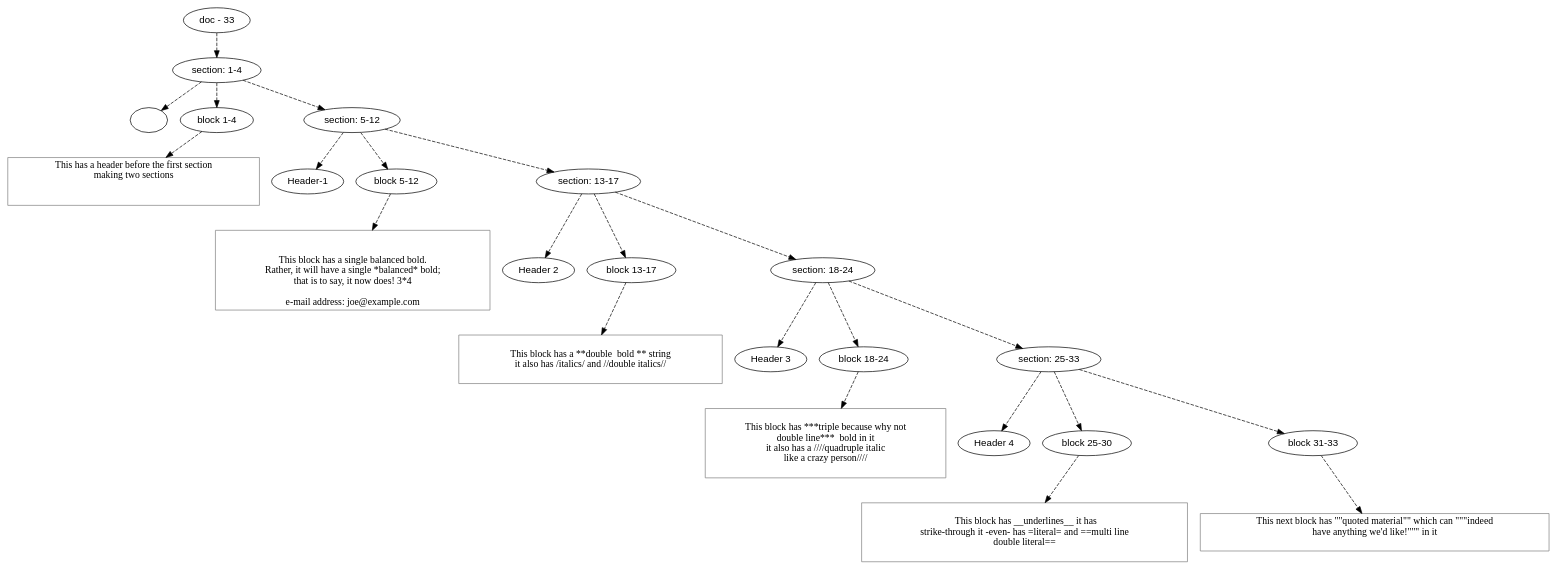
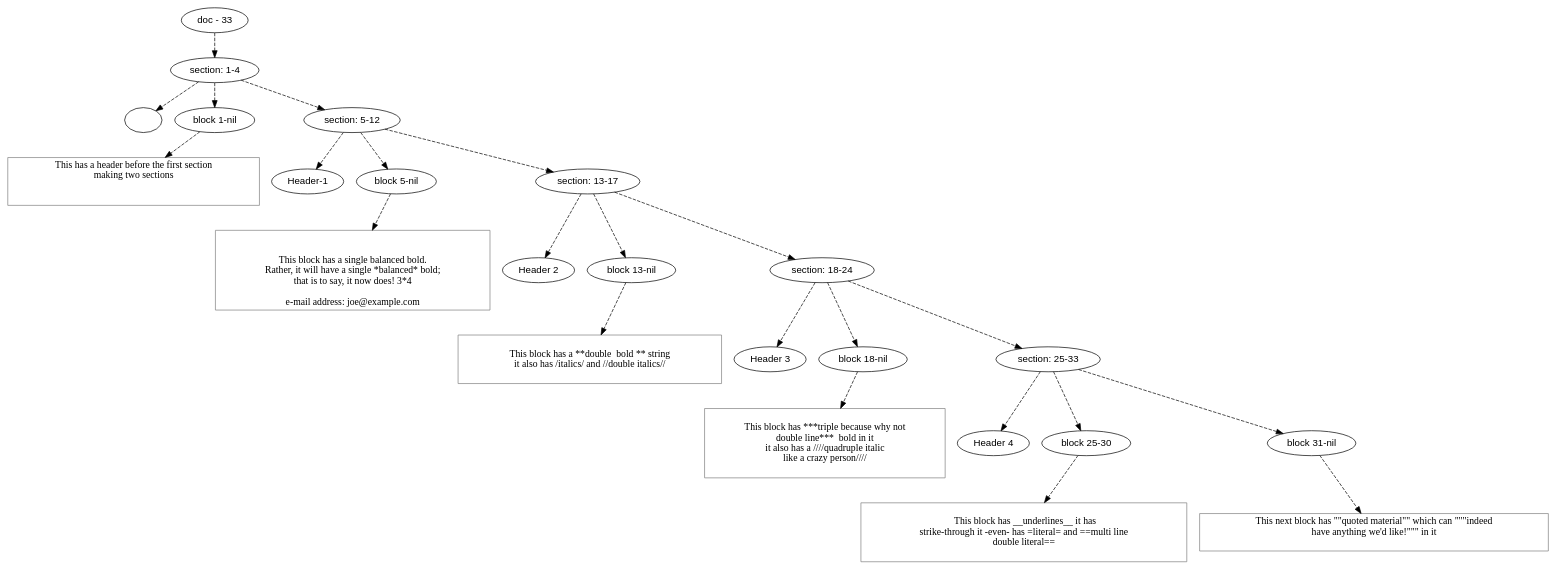
One commit to mnemnion/orb changed the diagram in orb/dot/samples/header-with-basic-block.gm.dot. Above: the diagram before and after it, drawn with Graphviz. The commit also changed 40 other files, not shown here.

```diff
--- a/orb/dot/samples/header-with-basic-block.gm.dot
+++ b/orb/dot/samples/header-with-basic-block.gm.dot
@@ -1,90 +1,90 @@
 digraph hierarchy {
 
 node [fontname=Helvetica]
 edge [style=dashed]
 
 doc_0 [label="doc - 33"]
 
 doc_0 -> { section_1}
 {rank=same; section_1}
 
 section_1 [label="section: 1-4"]
 
 section_1 -> { header_2 block_3 section_4}
 {rank=same; header_2 block_3 section_4}
 
 header_2 [label=""]
-block_3 [label="block 1-4"]
+block_3 [label="block 1-nil"]
 section_4 [label="section: 5-12"]
 
 
 block_3 -> leaf_5
 leaf_5  [color=Gray,shape=rectangle,fontname=Inconsolata,label="This has a header before the first section
 making two sections
        
 
 "]section_4 -> { header_6 block_7 section_8}
 {rank=same; header_6 block_7 section_8}
 
 header_6 [label="Header-1"]
-block_7 [label="block 5-12"]
+block_7 [label="block 5-nil"]
 section_8 [label="section: 13-17"]
 
 
 block_7 -> leaf_9
 leaf_9  [color=Gray,shape=rectangle,fontname=Inconsolata,label="
 
 This block has a single balanced bold.
 Rather, it will have a single *balanced* bold;
 that is to say, it now does! 3*4
  
 e-mail address: joe@example.com
 "]section_8 -> { header_10 block_11 section_12}
 {rank=same; header_10 block_11 section_12}
 
 header_10 [label="Header 2"]
-block_11 [label="block 13-17"]
+block_11 [label="block 13-nil"]
 section_12 [label="section: 18-24"]
 
 
 block_11 -> leaf_13
 leaf_13  [color=Gray,shape=rectangle,fontname=Inconsolata,label="
 This block has a **double  bold ** string
 it also has /italics/ and //double italics//
 
 "]section_12 -> { header_14 block_15 section_16}
 {rank=same; header_14 block_15 section_16}
 
 header_14 [label="Header 3"]
-block_15 [label="block 18-24"]
+block_15 [label="block 18-nil"]
 section_16 [label="section: 25-33"]
 
 
 block_15 -> leaf_17
 leaf_17  [color=Gray,shape=rectangle,fontname=Inconsolata,label="
 This block has ***triple because why not
 double line***  bold in it
 it also has a ////quadruple italic
 like a crazy person////
 
 "]section_16 -> { header_18 block_19 block_20}
 {rank=same; header_18 block_19 block_20}
 
 header_18 [label="Header 4"]
 block_19 [label="block 25-30"]
-block_20 [label="block 31-33"]
+block_20 [label="block 31-nil"]
 
 
 block_19 -> leaf_21
 leaf_21  [color=Gray,shape=rectangle,fontname=Inconsolata,label="
   This block has __underlines__ it has 
 strike-through it -even- has =literal= and ==multi line
 double literal==
 
 "]
 block_20 -> leaf_22
 leaf_22  [color=Gray,shape=rectangle,fontname=Inconsolata,label="This next block has \"\"quoted material\"\" which can \"\"\"indeed
 have anything we'd like!\"\"\" in it
 
 "]
 }
```
